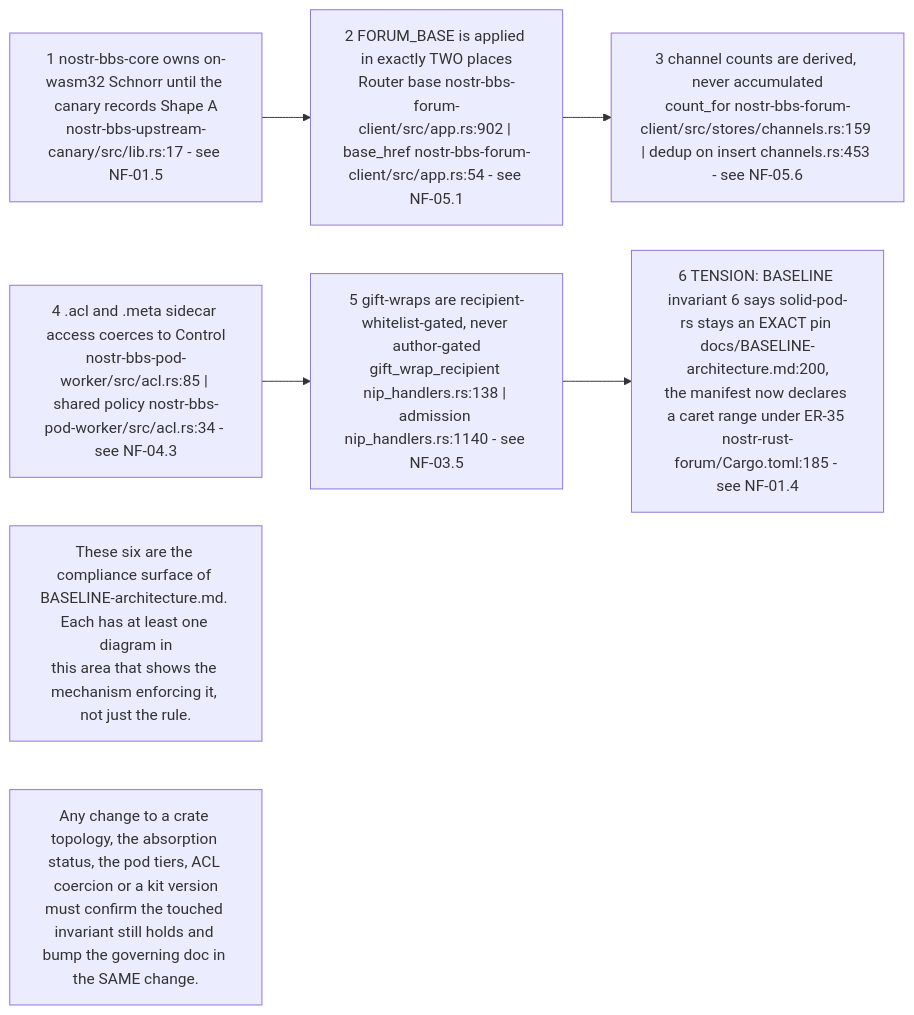
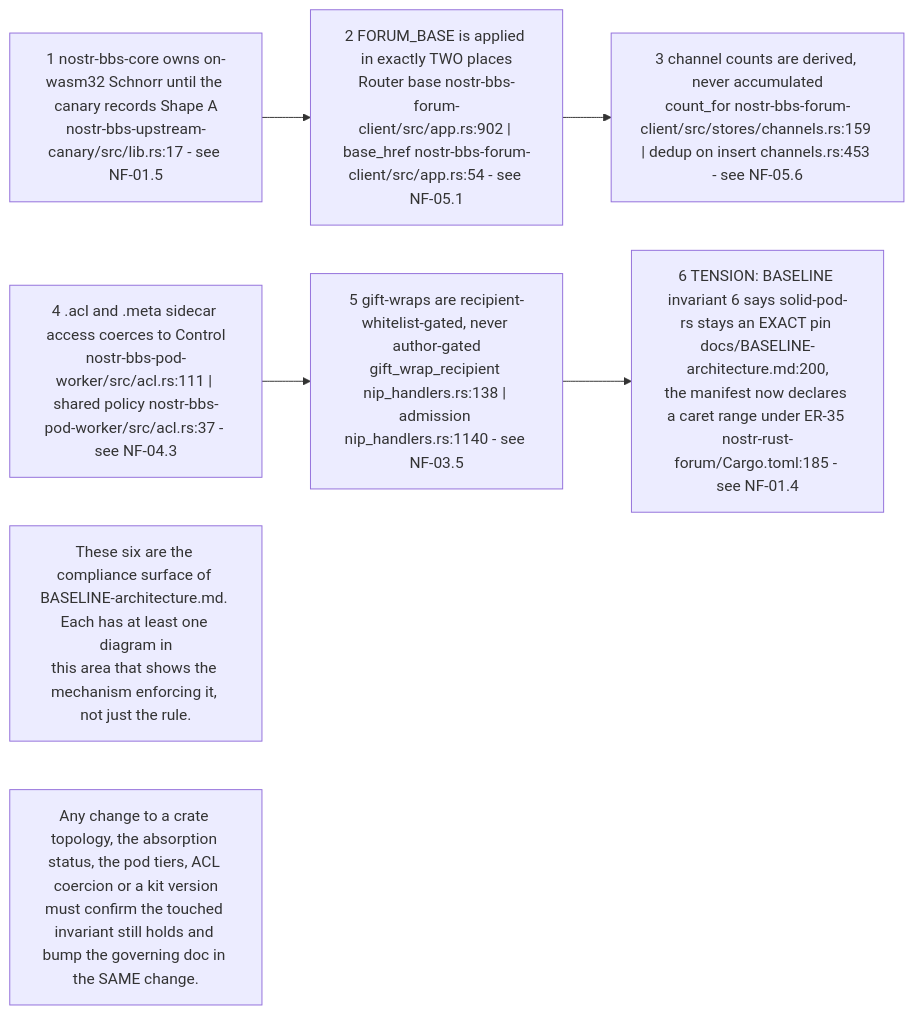
Before and after one commit to DreamLab-AI/VisionFlow: the first of 10 diagrams in docs/diagrams/nostr-rust-forum/10-invariants-and-anomaly-register.md, drawn with Mermaid. The commit also changed other lines of this file and 59 other files, not shown here.

First line of the commit message:
docs(diagrams): re-derive and re-stamp forum, website, pod, ontomark and sealmap topics

````diff
--- a/docs/diagrams/nostr-rust-forum/10-invariants-and-anomaly-register.md
+++ b/docs/diagrams/nostr-rust-forum/10-invariants-and-anomaly-register.md
@@ -72,15 +72,15 @@
 ```mermaid
 flowchart LR
     I1["1 nostr-bbs-core owns on-wasm32 Schnorr until the canary records Shape A<br/>nostr-bbs-upstream-canary/src/lib.rs:17 - see NF-01.5"]
     I2["2 FORUM_BASE is applied in exactly TWO places<br/>Router base nostr-bbs-forum-client/src/app.rs:902 | base_href nostr-bbs-forum-client/src/app.rs:54 - see NF-05.1"]
     I3["3 channel counts are derived, never accumulated<br/>count_for nostr-bbs-forum-client/src/stores/channels.rs:159 | dedup on insert channels.rs:453 - see NF-05.6"]
-    I4["4 .acl and .meta sidecar access coerces to Control<br/>nostr-bbs-pod-worker/src/acl.rs:85 | shared policy nostr-bbs-pod-worker/src/acl.rs:34 - see NF-04.3"]
+    I4["4 .acl and .meta sidecar access coerces to Control<br/>nostr-bbs-pod-worker/src/acl.rs:111 | shared policy nostr-bbs-pod-worker/src/acl.rs:37 - see NF-04.3"]
     I5["5 gift-wraps are recipient-whitelist-gated, never author-gated<br/>gift_wrap_recipient nip_handlers.rs:138 | admission nip_handlers.rs:1140 - see NF-03.5"]
     I6["6 TENSION: BASELINE invariant 6 says solid-pod-rs stays an EXACT pin docs/BASELINE-architecture.md:200,<br/>the manifest now declares a caret range under ER-35 nostr-rust-forum/Cargo.toml:185 - see NF-01.4"]
 
     I1 --> I2 --> I3
     I4 --> I5 --> I6
 
     N1["These six are the compliance surface of BASELINE-architecture.md. Each has at least one diagram in<br/>this area that shows the mechanism enforcing it, not just the rule."]
     N2["Any change to a crate topology, the absorption status, the pod tiers, ACL coercion or a kit version<br/>must confirm the touched invariant still holds and bump the governing doc in the SAME change."]
 ```
````
